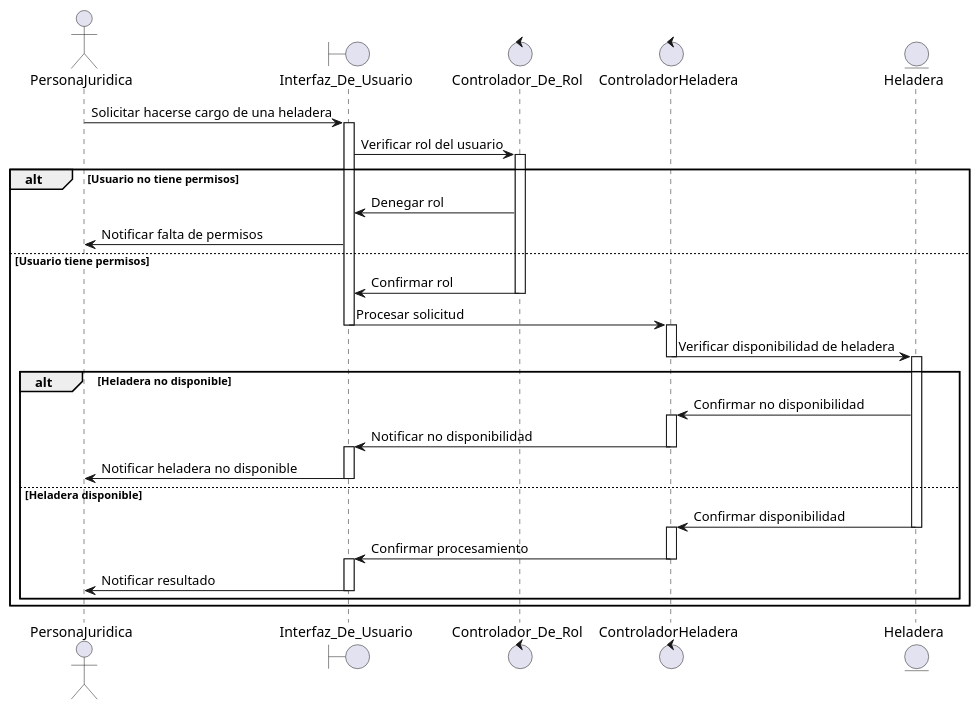
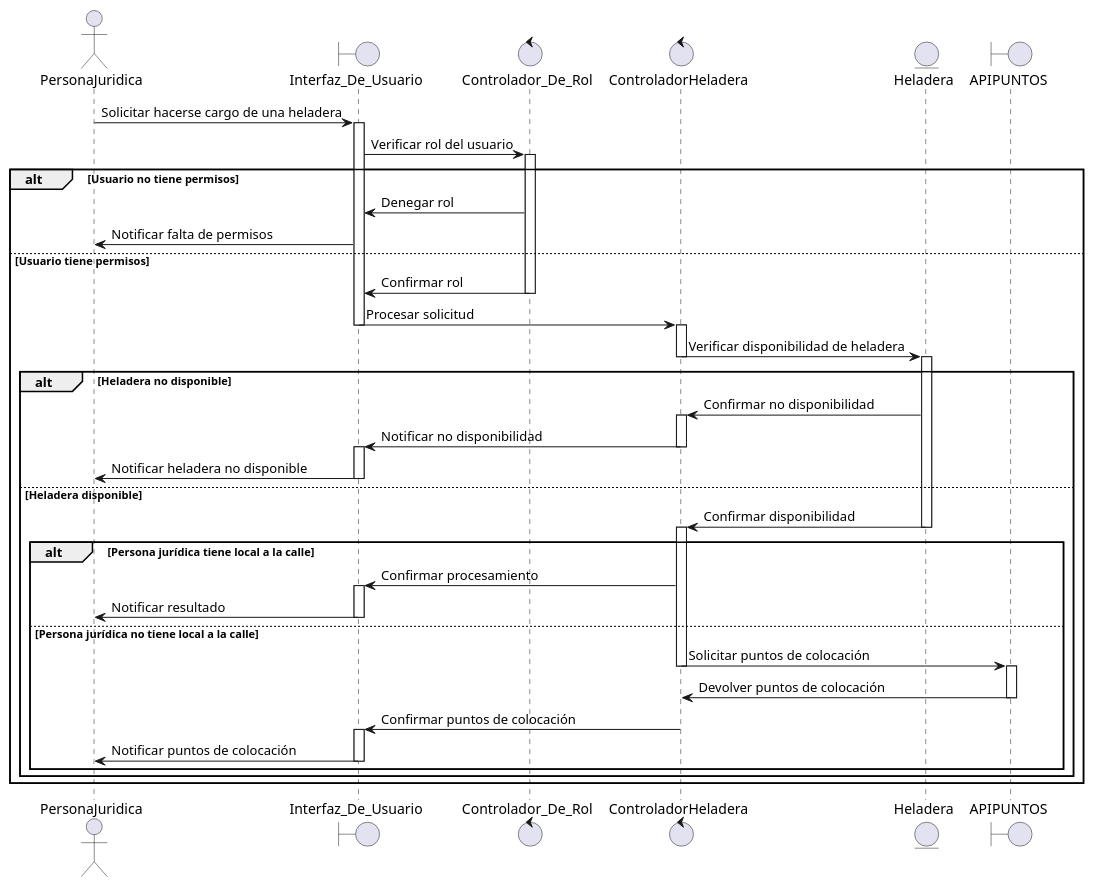
One commit to JBDelupi/TPs---DDS changed the diagram in UMLs/SolicitarHacerseCargoDeUnaHeladera.puml. Above: the diagram before and after it, drawn with PlantUML.

Commit message:
UML actualizado: hacerse cargo de h.

```diff
--- a/UMLs/SolicitarHacerseCargoDeUnaHeladera.puml
+++ b/UMLs/SolicitarHacerseCargoDeUnaHeladera.puml
@@ -1,47 +1,62 @@
 @startuml
 actor PersonaJuridica
 boundary Interfaz_De_Usuario
 control Controlador_De_Rol
 control ControladorHeladera
 entity Heladera
+boundary APIPUNTOS
 
 PersonaJuridica -> Interfaz_De_Usuario: Solicitar hacerse cargo de una heladera
 activate Interfaz_De_Usuario
 Interfaz_De_Usuario -> Controlador_De_Rol : Verificar rol del usuario
 activate Controlador_De_Rol
 
 alt Usuario no tiene permisos
     Controlador_De_Rol -> Interfaz_De_Usuario : Denegar rol
     Interfaz_De_Usuario -> PersonaJuridica : Notificar falta de permisos
 else Usuario tiene permisos
     Controlador_De_Rol -> Interfaz_De_Usuario : Confirmar rol
     deactivate Controlador_De_Rol
 
     Interfaz_De_Usuario -> ControladorHeladera : Procesar solicitud
     deactivate Interfaz_De_Usuario
     activate ControladorHeladera
     deactivate ControladorHeladera
     ControladorHeladera -> Heladera : Verificar disponibilidad de heladera
     deactivate ControladorHeladera
     activate Heladera
 
     alt Heladera no disponible
         Heladera -> ControladorHeladera : Confirmar no disponibilidad
         activate ControladorHeladera
         ControladorHeladera -> Interfaz_De_Usuario : Notificar no disponibilidad
         deactivate ControladorHeladera
         activate Interfaz_De_Usuario
         Interfaz_De_Usuario -> PersonaJuridica : Notificar heladera no disponible
         deactivate Interfaz_De_Usuario
     else Heladera disponible
         Heladera -> ControladorHeladera : Confirmar disponibilidad
         deactivate Heladera
         activate ControladorHeladera
-        ControladorHeladera -> Interfaz_De_Usuario : Confirmar procesamiento
-        deactivate ControladorHeladera
-        activate Interfaz_De_Usuario
-        Interfaz_De_Usuario -> PersonaJuridica : Notificar resultado
-        deactivate Interfaz_De_Usuario
+
+        alt Persona jurídica tiene local a la calle
+            ControladorHeladera -> Interfaz_De_Usuario : Confirmar procesamiento
+            activate Interfaz_De_Usuario
+            Interfaz_De_Usuario -> PersonaJuridica : Notificar resultado
+            deactivate Interfaz_De_Usuario
+        else Persona jurídica no tiene local a la calle
+            ControladorHeladera -> APIPUNTOS : Solicitar puntos de colocación
+            deactivate ControladorHeladera
+            activate APIPUNTOS
+            APIPUNTOS -> ControladorHeladera : Devolver puntos de colocación
+            deactivate APIPUNTOS
+            ControladorHeladera -> Interfaz_De_Usuario : Confirmar puntos de colocación
+            deactivate ControladorHeladera
+            activate Interfaz_De_Usuario
+            Interfaz_De_Usuario -> PersonaJuridica : Notificar puntos de colocación
+            deactivate Interfaz_De_Usuario
+        end
 end
 end
+
 @enduml
```
